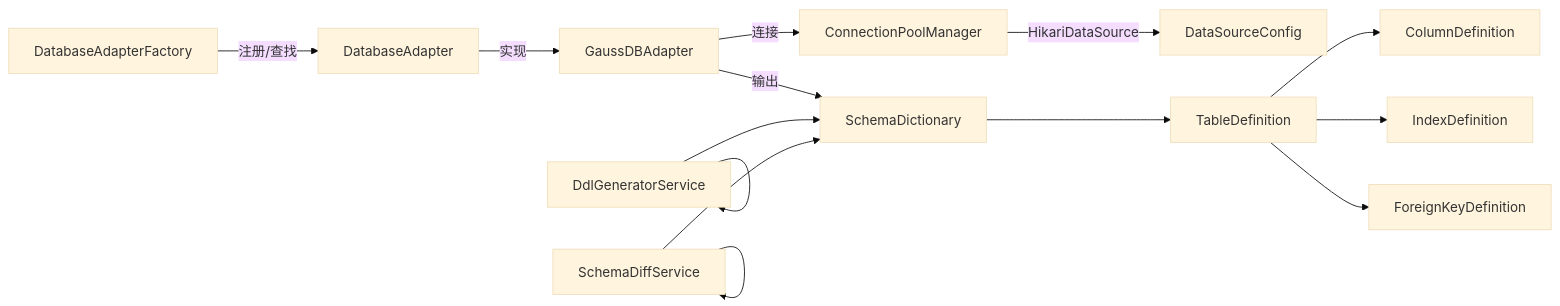
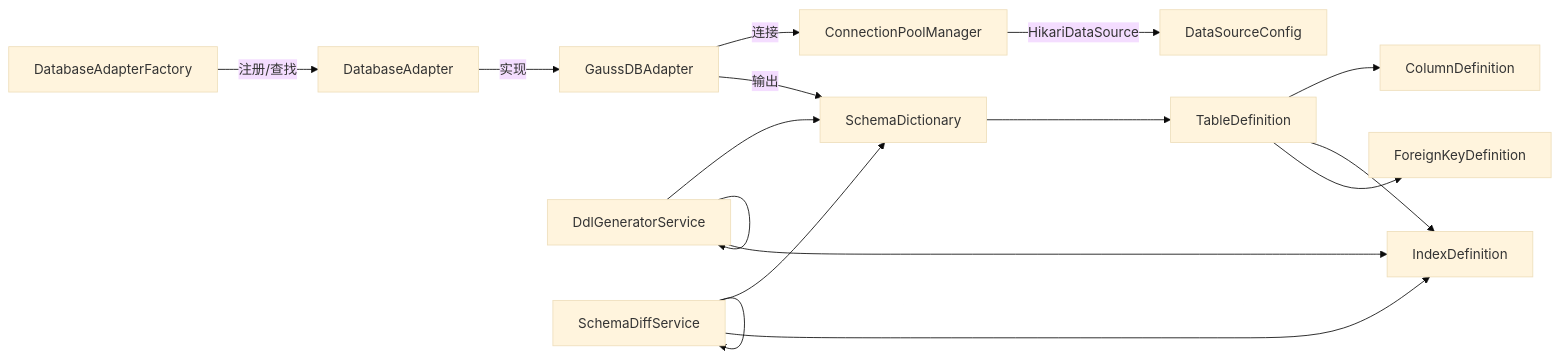
Diagram 12 of 12 in .qoder/repowiki/zh/content/数据库适配器/数据库适配器实现/GaussDB适配器实现.md (SamLing-Why/SchemaSync), drawn with Mermaid (base theme) before and after one commit. The commit also changed other lines of this file and 38 other files, not shown here.

````diff
--- a/.qoder/repowiki/zh/content/数据库适配器/数据库适配器实现/GaussDB适配器实现.md
+++ b/.qoder/repowiki/zh/content/数据库适配器/数据库适配器实现/GaussDB适配器实现.md
@@ -519,16 +617,18 @@
 ```mermaid
 graph LR
 DAF["DatabaseAdapterFactory"] --> |注册/查找| DA["DatabaseAdapter"]
 DA --> |实现| GA["GaussDBAdapter"]
 GA --> |连接| CPM["ConnectionPoolManager"]
 CPM --> |HikariDataSource| DS["DataSourceConfig"]
 GA --> |输出| SD["SchemaDictionary"]
 SD --> TD["TableDefinition"]
 TD --> CD["ColumnDefinition"]
 TD --> ID["IndexDefinition"]
 TD --> FK["ForeignKeyDefinition"]
 DGS["DdlGeneratorService"] --> SD
 SDS["SchemaDiffService"] --> SD
 DGS --> DGS
 SDS --> SDS
+DGS --> ID
+SDS --> ID
 ```
````
